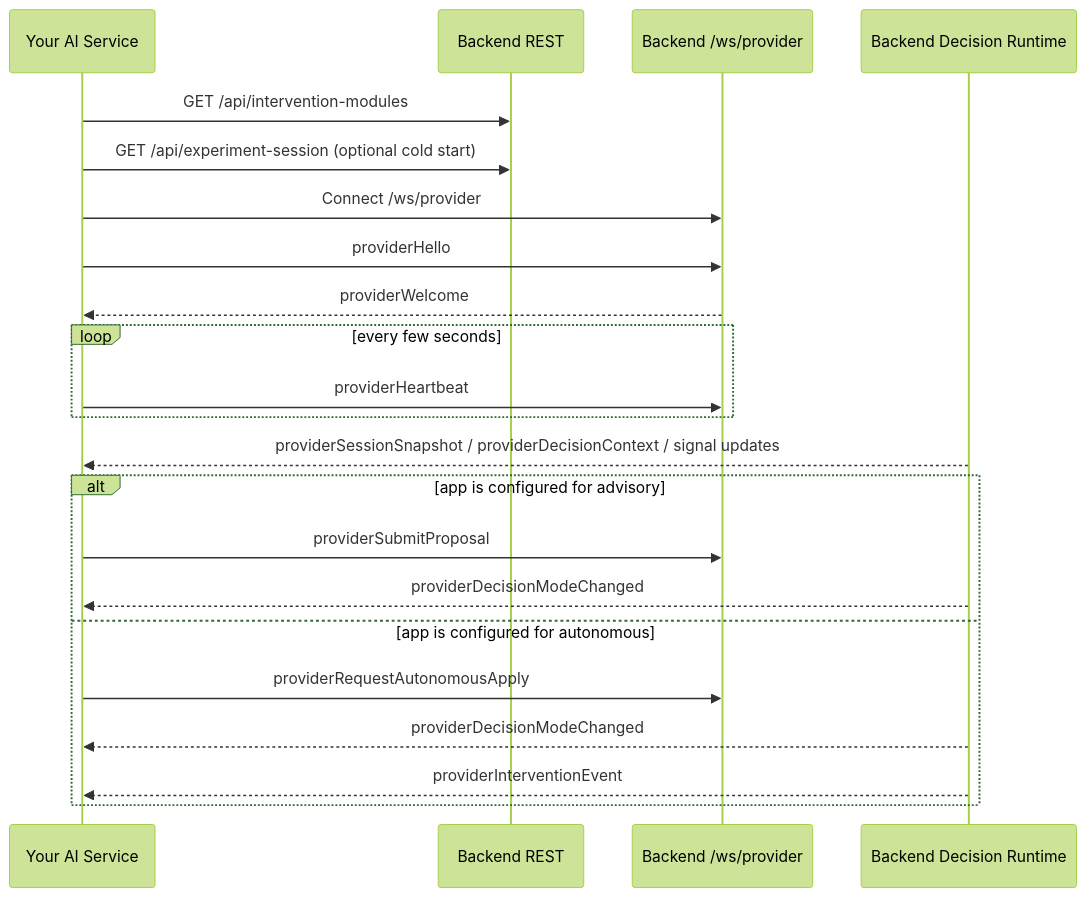
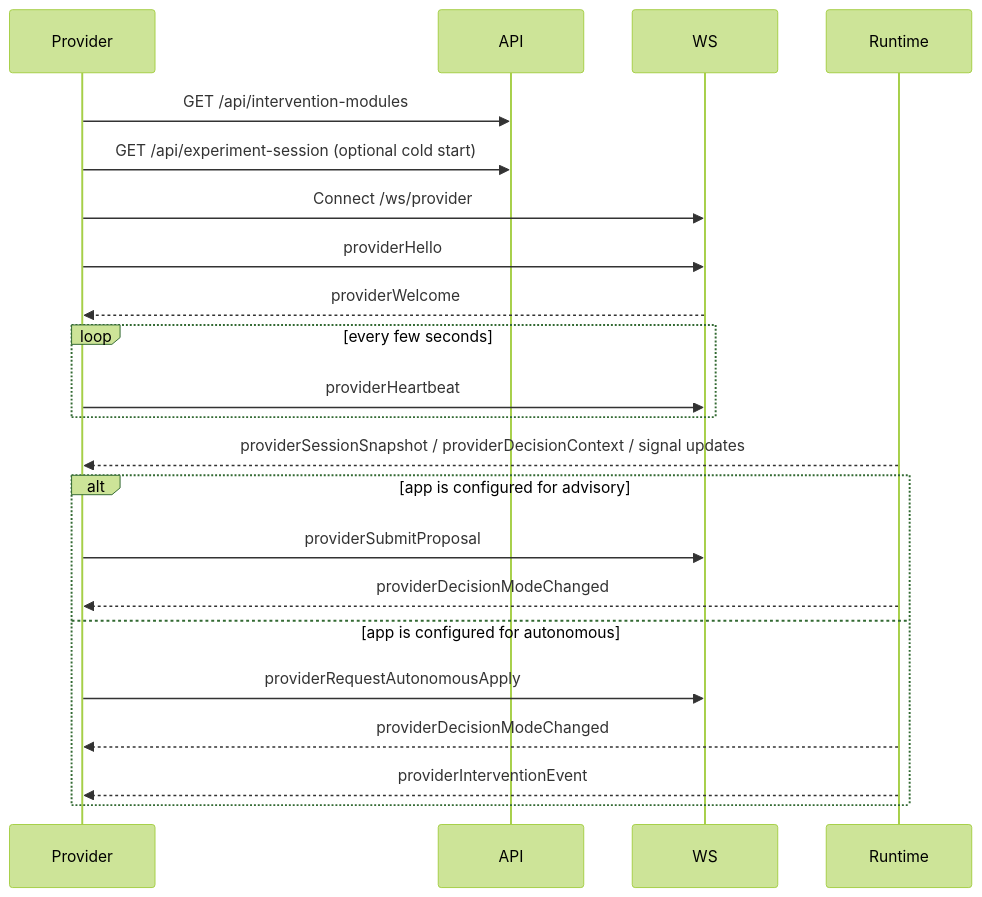
One commit to MrSachin7/reading-the-reader-monorepo changed the second of 2 diagrams in docs/backend/provider-websocket-protocol.md. Above: the diagram before and after it, drawn with Mermaid (forest theme). The commit also changed other lines of this file and 1 other file, not shown here.

First paragraph of the commit message:
File saving (#19)
* feat: Implement live replay functionality with active replay persistence

````diff
--- a/docs/backend/provider-websocket-protocol.md
+++ b/docs/backend/provider-websocket-protocol.md
@@ -480,27 +480,27 @@
 ```mermaid
 sequenceDiagram
-    participant Provider as Your AI Service
-    participant API as Backend REST
-    participant WS as Backend /ws/provider
-    participant Runtime as Backend Decision Runtime
+    participant Provider
+    participant API
+    participant WS
+    participant Runtime
 
     Provider->>API: GET /api/intervention-modules
     Provider->>API: GET /api/experiment-session (optional cold start)
     Provider->>WS: Connect /ws/provider
     Provider->>WS: providerHello
     WS-->>Provider: providerWelcome
     loop every few seconds
         Provider->>WS: providerHeartbeat
     end
 
     Runtime-->>Provider: providerSessionSnapshot / providerDecisionContext / signal updates
 
     alt app is configured for advisory
         Provider->>WS: providerSubmitProposal
         Runtime-->>Provider: providerDecisionModeChanged
     else app is configured for autonomous
         Provider->>WS: providerRequestAutonomousApply
         Runtime-->>Provider: providerDecisionModeChanged
         Runtime-->>Provider: providerInterventionEvent
     end
 ```
````
